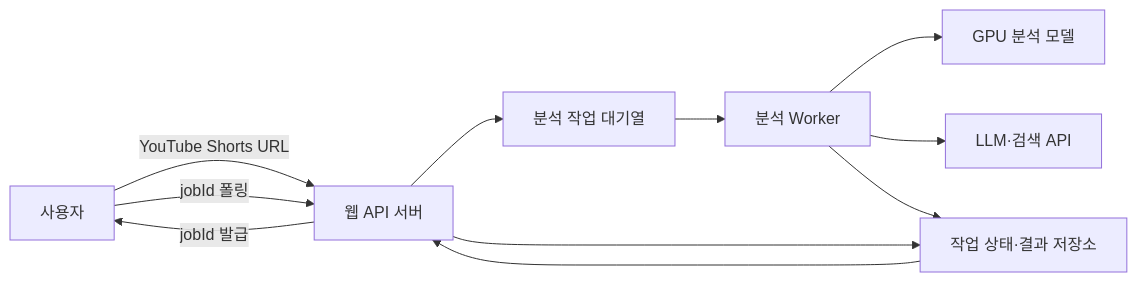
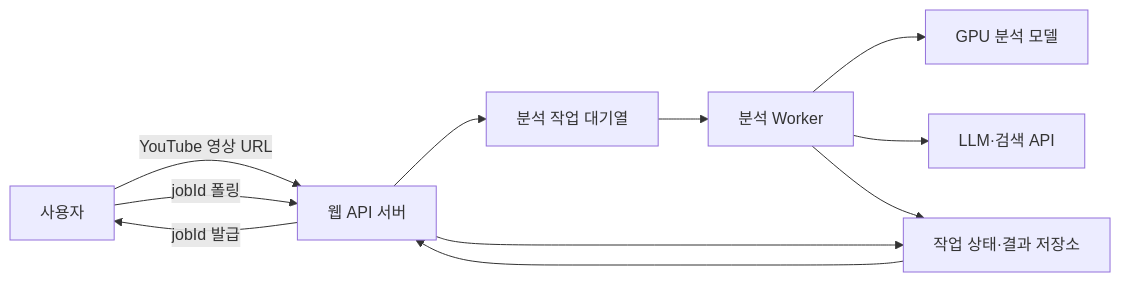
One commit to Dynamic-Juo/docs changed the first of 2 diagrams in design/analysis-runtime.md. Above: the diagram before and after it, drawn with Mermaid. The commit also changed other lines of this file and 7 other files, not shown here.

````diff
--- a/design/analysis-runtime.md
+++ b/design/analysis-runtime.md
@@ -33,13 +33,13 @@
 ```mermaid
 flowchart LR
-    USER["사용자"] -->|"YouTube Shorts URL"| API["웹 API 서버"]
+    USER["사용자"] -->|"YouTube 영상 URL"| API["웹 API 서버"]
     API -->|"jobId 발급"| USER
     API --> QUEUE["분석 작업 대기열"]
     QUEUE --> WORKER["분석 Worker"]
     WORKER --> GPU["GPU 분석 모델"]
     WORKER --> EXTERNAL["LLM·검색 API"]
     WORKER --> STORE["작업 상태·결과 저장소"]
     USER -->|"jobId 폴링"| API
     API --> STORE
     STORE --> API
 ```
````
